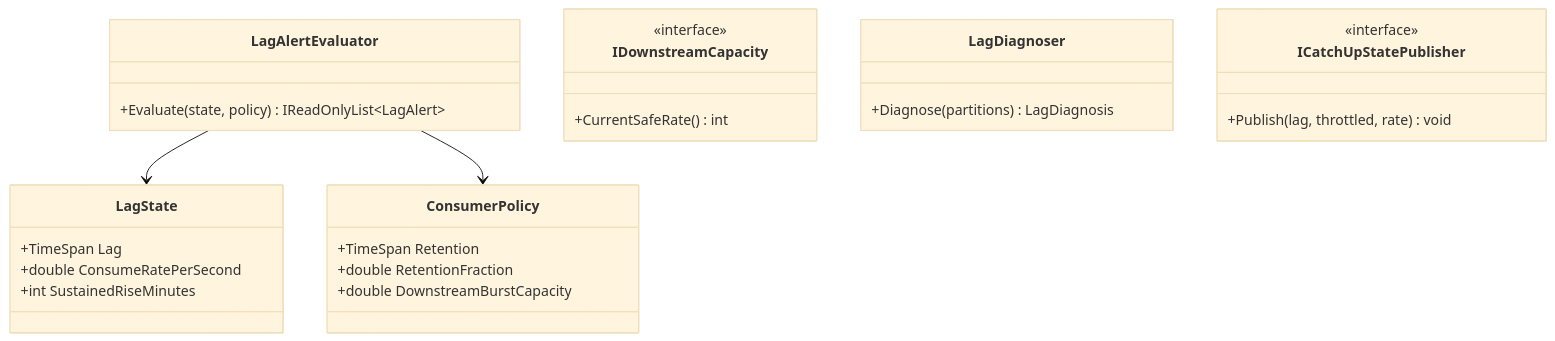
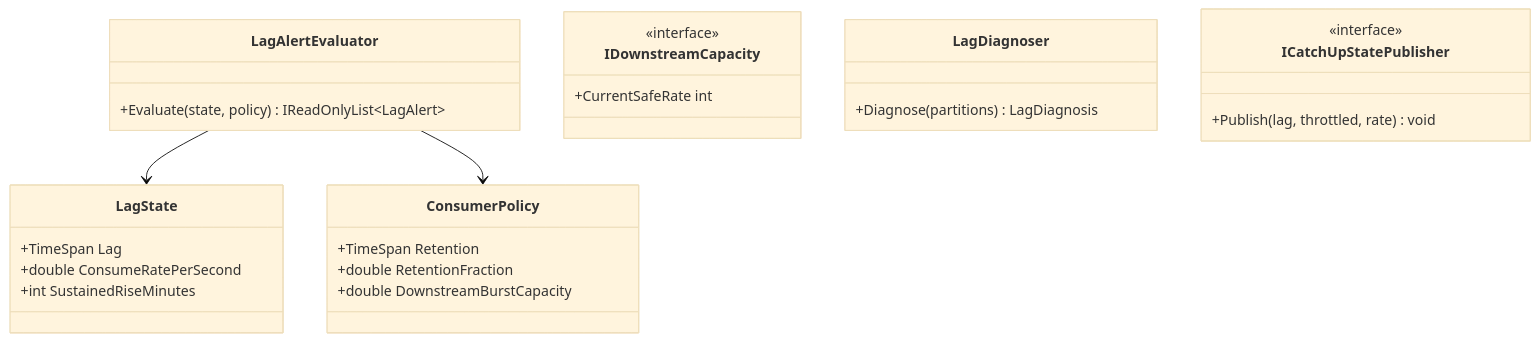
The fourth of 4 diagrams in 18-Event-Driven-Architecture/04-Backpressure-Flow-Control-Consumer-Lag.md (umashankarp/InterviewQuestions), drawn with Mermaid (base theme) before and after one commit. The commit also changed other lines of this file and 173 other files, not shown here.

````diff
--- a/18-Event-Driven-Architecture/04-Backpressure-Flow-Control-Consumer-Lag.md
+++ b/18-Event-Driven-Architecture/04-Backpressure-Flow-Control-Consumer-Lag.md
@@ -593,30 +593,30 @@
 ```mermaid
 classDiagram
-    class LagState {
-        +TimeSpan Lag
-        +double ConsumeRatePerSecond
-        +int SustainedRiseMinutes
-    }
-    class ConsumerPolicy {
-        +TimeSpan Retention
-        +double RetentionFraction
-        +double DownstreamBurstCapacity
-    }
-    class LagAlertEvaluator {
-        +Evaluate(state, policy) IReadOnlyList~LagAlert~
-    }
-    class IDownstreamCapacity {
-        <<interface>>
-        +CurrentSafeRate() int
-    }
-    class LagDiagnoser {
-        +Diagnose(partitions) LagDiagnosis
-    }
-    class ICatchUpStatePublisher {
-        <<interface>>
-        +Publish(lag, throttled, rate) void
-    }
+ class LagState {
+ +TimeSpan Lag
+ +double ConsumeRatePerSecond
+ +int SustainedRiseMinutes
+ }
+ class ConsumerPolicy {
+ +TimeSpan Retention
+ +double RetentionFraction
+ +double DownstreamBurstCapacity
+ }
+ class LagAlertEvaluator {
+ +Evaluate(state, policy) IReadOnlyList~LagAlert~
+ }
+ class IDownstreamCapacity {
+ <<interface>>
+ +CurrentSafeRate int
+ }
+ class LagDiagnoser {
+ +Diagnose(partitions) LagDiagnosis
+ }
+ class ICatchUpStatePublisher {
+ <<interface>>
+ +Publish(lag, throttled, rate) void
+ }
 
-    LagAlertEvaluator --> LagState
-    LagAlertEvaluator --> ConsumerPolicy
+ LagAlertEvaluator --> LagState
+ LagAlertEvaluator --> ConsumerPolicy
 ```
````
